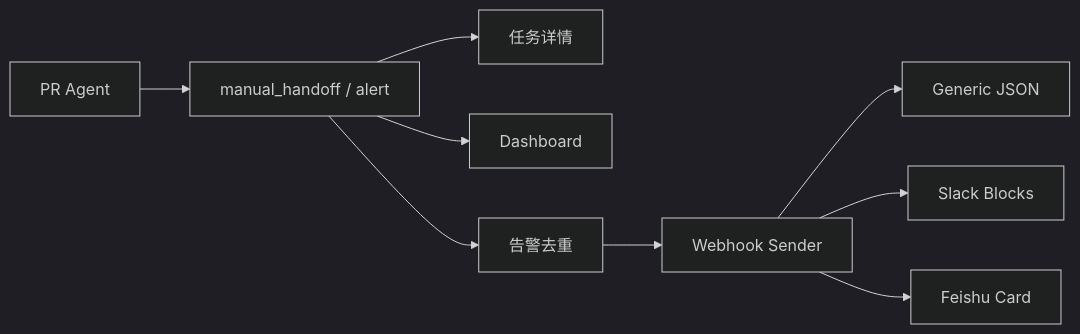
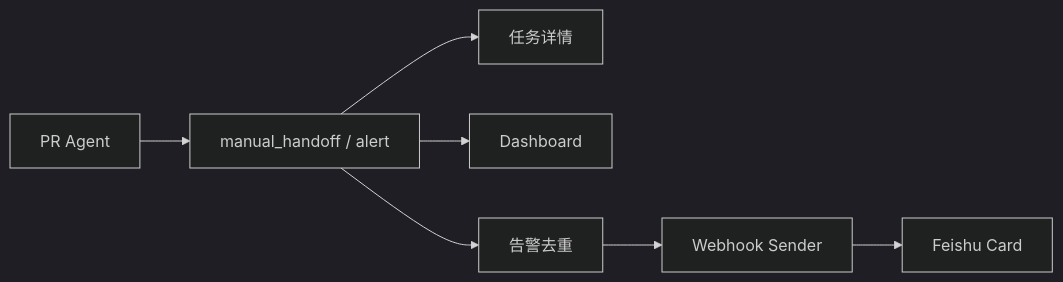
Before and after one commit to zw2497205736/AI: the tenth of 12 diagrams in README.md, drawn with Mermaid (dark theme). The commit also changed other lines of this file, not shown here.

````diff
--- a/README.md
+++ b/README.md
@@ -460,11 +459,9 @@
 ```mermaid
 flowchart LR
     Agent["PR Agent"] --> Signal["manual_handoff / alert"]
     Signal --> TaskDetail["任务详情"]
     Signal --> Dashboard["Dashboard"]
     Signal --> Dedupe["告警去重"]
     Dedupe --> Webhook["Webhook Sender"]
-    Webhook --> Generic["Generic JSON"]
-    Webhook --> Slack["Slack Blocks"]
     Webhook --> Feishu["Feishu Card"]
 ```
````
